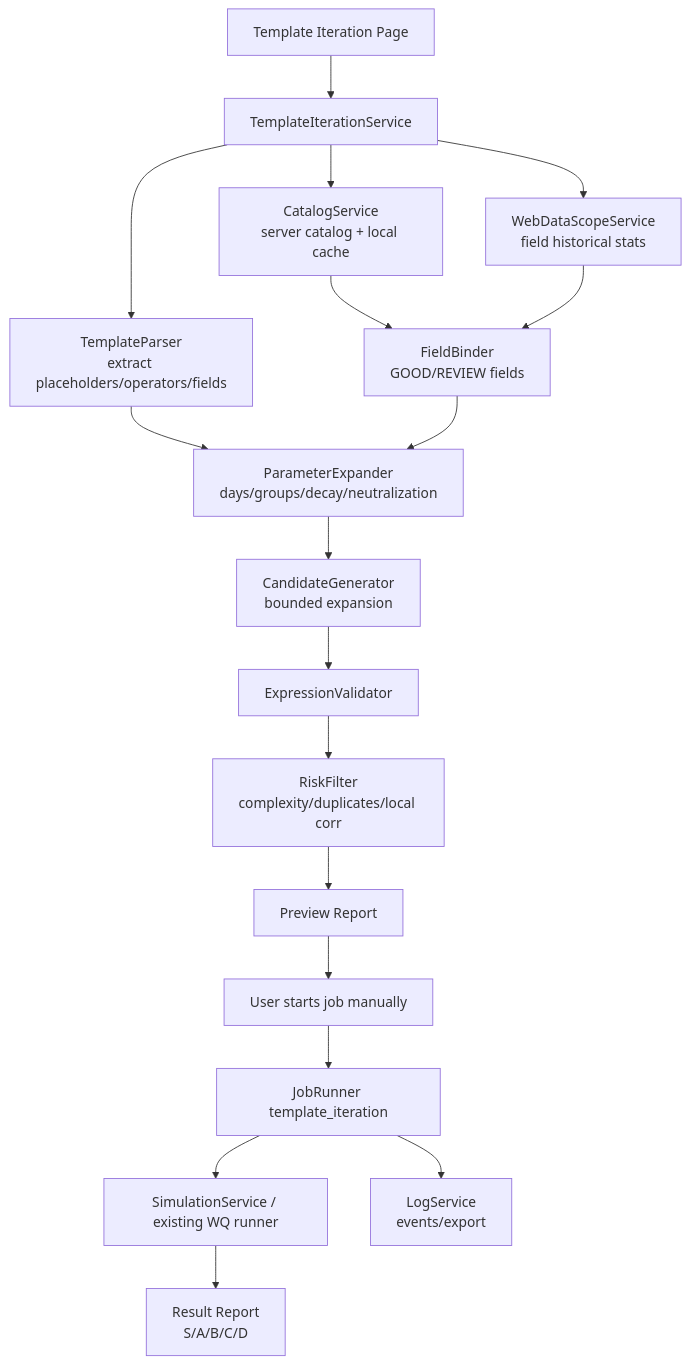
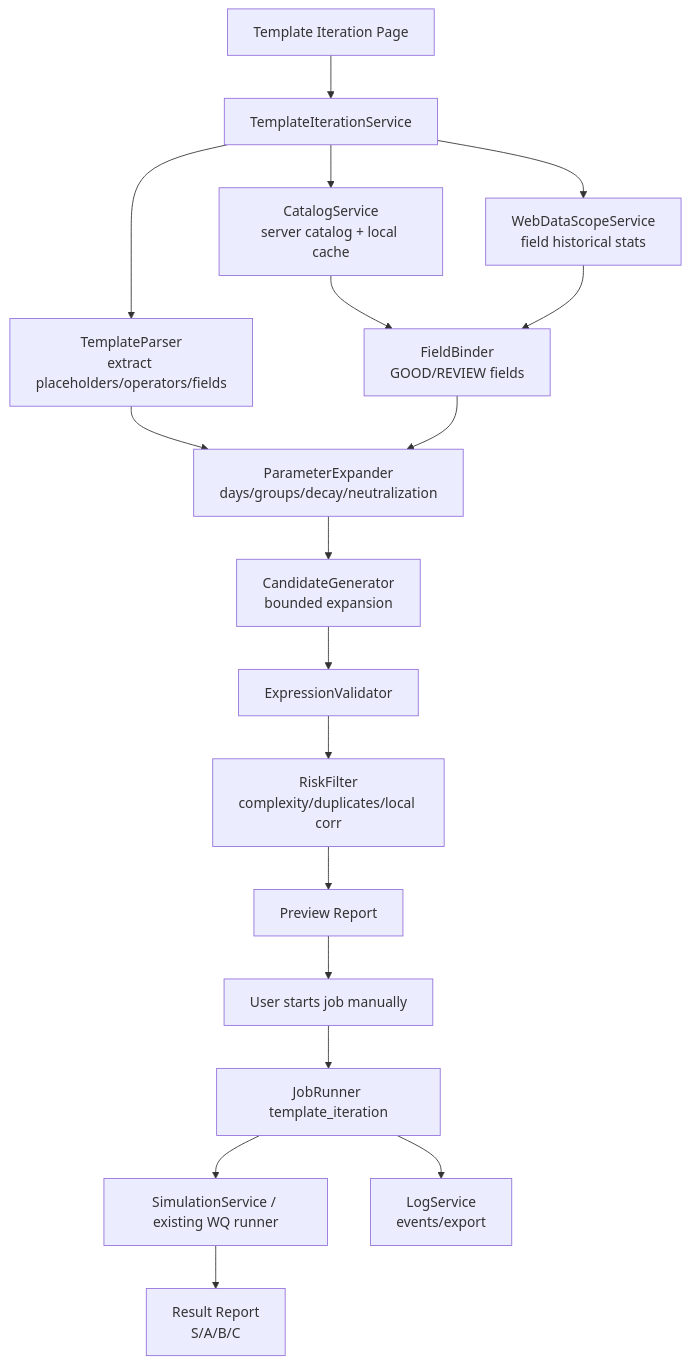
Before and after one commit to LuckDogGuan/WQ-Consultant: the diagram in doc/design/template_iteration_page_plan.md, drawn with Mermaid. The commit also changed other lines of this file and 35 other files, not shown here.

````diff
--- a/doc/design/template_iteration_page_plan.md
+++ b/doc/design/template_iteration_page_plan.md
@@ -227,20 +227,20 @@
 ```mermaid
 flowchart TD
     A["Template Iteration Page"] --> B["TemplateIterationService"]
     B --> C["TemplateParser<br/>extract placeholders/operators/fields"]
     B --> D["CatalogService<br/>server catalog + local cache"]
     B --> E["WebDataScopeService<br/>field historical stats"]
     D --> F["FieldBinder<br/>GOOD/REVIEW fields"]
     E --> F
     C --> G["ParameterExpander<br/>days/groups/decay/neutralization"]
     F --> G
     G --> H["CandidateGenerator<br/>bounded expansion"]
     H --> I["ExpressionValidator"]
     I --> J["RiskFilter<br/>complexity/duplicates/local corr"]
     J --> K["Preview Report"]
     K --> L["User starts job manually"]
     L --> M["JobRunner template_iteration"]
     M --> N["SimulationService / existing WQ runner"]
-    N --> O["Result Report<br/>S/A/B/C/D"]
+    N --> O["Result Report<br/>S/A/B/C"]
     M --> P["LogService<br/>events/export"]
 ```
````
